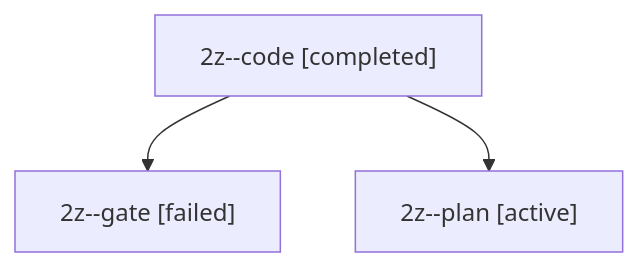
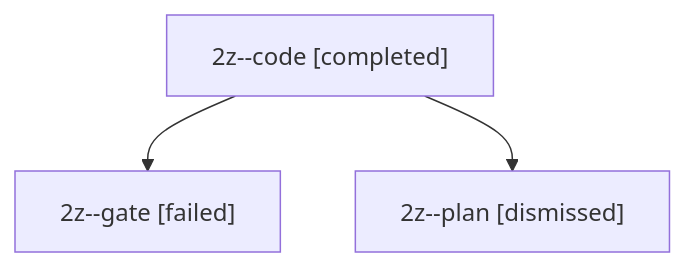
One commit to bobs-org/bob-cli--agents changed the diagram in sessions/bbugyi200.apollo.2z.md. Above: the diagram before and after it, drawn with Mermaid. The commit also changed other lines of this file and 17 other files, not shown here.

````diff
--- a/sessions/bbugyi200.apollo.2z.md
+++ b/sessions/bbugyi200.apollo.2z.md
@@ -9,8 +9,8 @@
 ```mermaid
 flowchart TD
   n0["2z--code [completed]"]
   n1["2z--gate [failed]"]
   n0 --> n1
-  n2["2z--plan [active]"]
+  n2["2z--plan [dismissed]"]
   n0 --> n2
 ```
````
